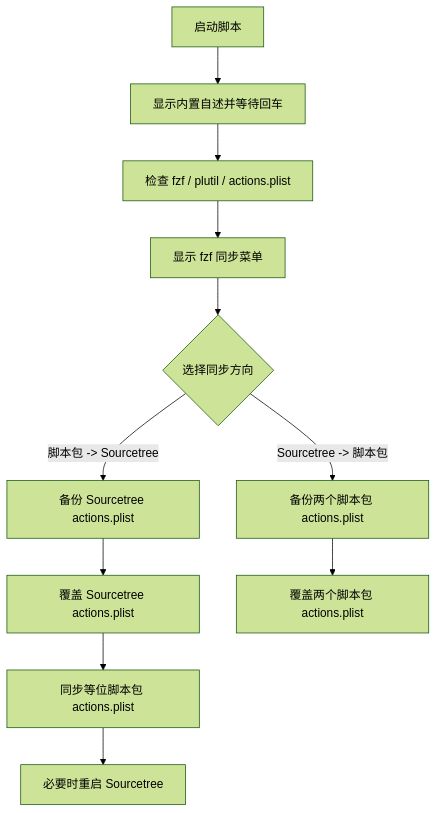
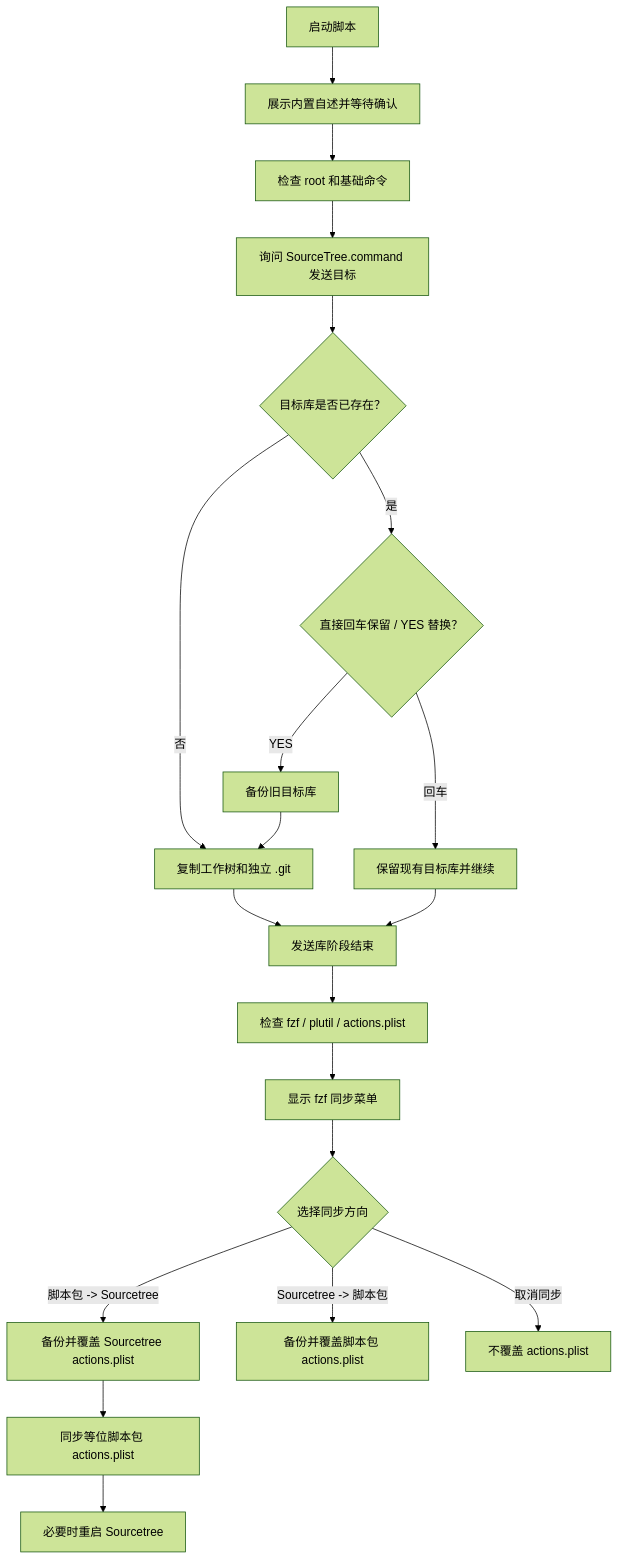
One commit to JobsKits/SourceTree.sh changed the diagram in 【MacOS】安装SourceTree自定义菜单.command/README.md. Above: the diagram before and after it, drawn with Mermaid (forest theme). The commit also changed other lines of this file and 5 other files, not shown here.

````diff
--- a/【MacOS】安装SourceTree自定义菜单.command/README.md
+++ b/【MacOS】安装SourceTree自定义菜单.command/README.md
@@ -93,13 +107,22 @@
 ```mermaid
 flowchart TD
-    A[启动脚本] --> B[显示内置自述并等待回车]
-    B --> C[检查 fzf / plutil / actions.plist]
-    C --> D[显示 fzf 同步菜单]
-    D --> E{选择同步方向}
-    E -->|脚本包 -> Sourcetree| F[备份 Sourcetree actions.plist]
-    F --> G[覆盖 Sourcetree actions.plist]
-    G --> H[同步等位脚本包 actions.plist]
-    H --> I[必要时重启 Sourcetree]
-    E -->|Sourcetree -> 脚本包| J[备份两个脚本包 actions.plist]
-    J --> K[覆盖两个脚本包 actions.plist]
+  A["启动脚本"] --> B["展示内置自述并等待确认"]
+  B --> C["检查 root 和基础命令"]
+  C --> D["询问 SourceTree.command 发送目标"]
+  D --> E{"目标库是否已存在？"}
+  E -->|否| F["复制工作树和独立 .git"]
+  E -->|是| G{"直接回车保留 / YES 替换？"}
+  G -->|回车| H["保留现有目标库并继续"]
+  G -->|YES| I["备份旧目标库"]
+  I --> F
+  F --> J["发送库阶段结束"]
+  H --> J
+  J --> K["检查 fzf / plutil / actions.plist"]
+  K --> L["显示 fzf 同步菜单"]
+  L --> M{"选择同步方向"}
+  M -->|脚本包 -> Sourcetree| N["备份并覆盖 Sourcetree actions.plist"]
+  N --> O["同步等位脚本包 actions.plist"]
+  O --> P["必要时重启 Sourcetree"]
+  M -->|Sourcetree -> 脚本包| Q["备份并覆盖脚本包 actions.plist"]
+  M -->|取消同步| R["不覆盖 actions.plist"]
 ```
````
